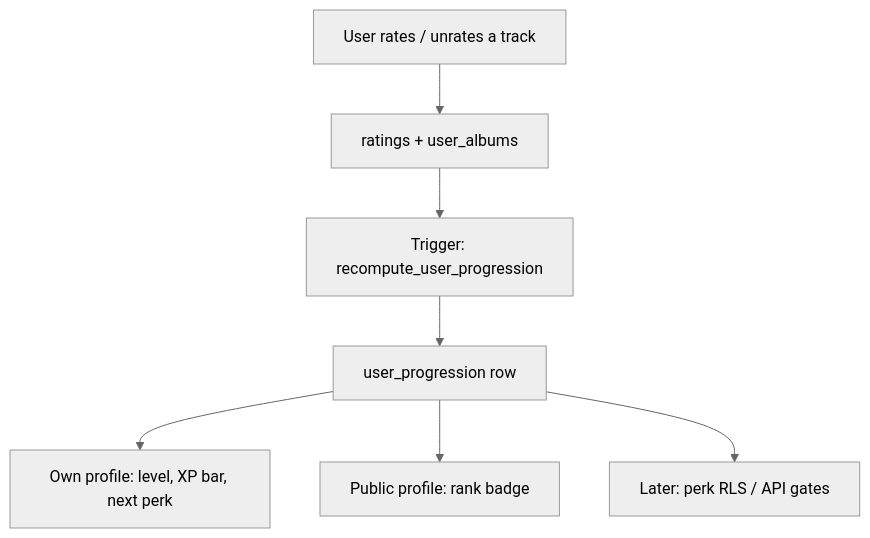
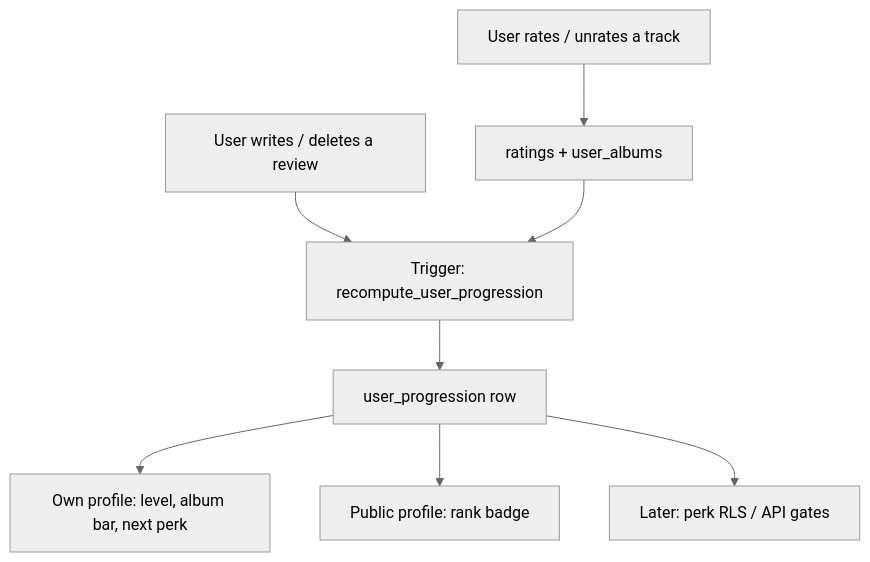
Before and after one commit to mpittas/songrates: the diagram in plans/profile-gamification.md, drawn with Mermaid (neutral theme). The commit also changed other lines of this file and 86 other files, not shown here.

````diff
--- a/plans/profile-gamification.md
+++ b/plans/profile-gamification.md
@@ -109,9 +119,10 @@
 ```mermaid
 flowchart TD
     A[User rates / unrates a track] --> B[ratings + user_albums]
+    R[User writes / deletes a review] --> C
     B --> C[Trigger: recompute_user_progression]
     C --> D[user_progression row]
-    D --> E[Own profile: level, XP bar, next perk]
+    D --> E[Own profile: level, album bar, next perk]
     D --> F[Public profile: rank badge]
     D --> G[Later: perk RLS / API gates]
 ```
````
